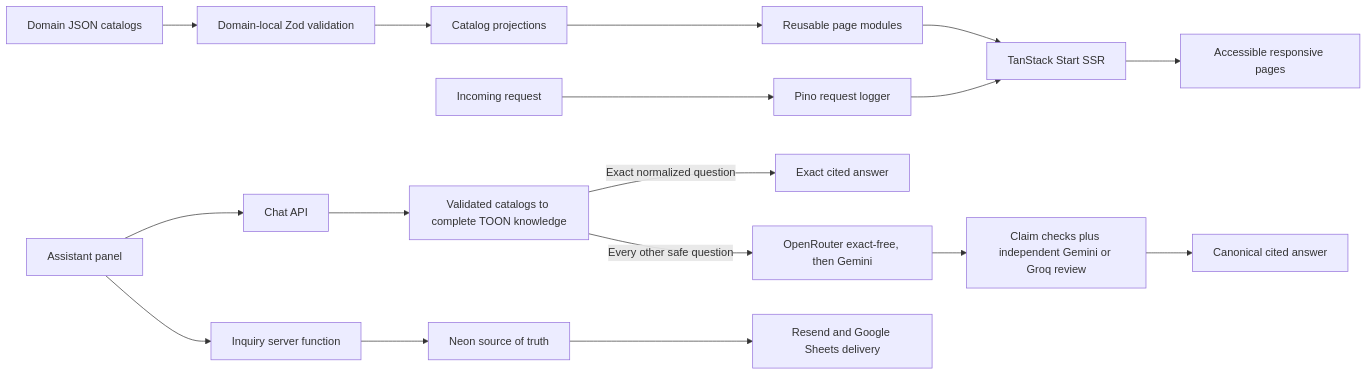
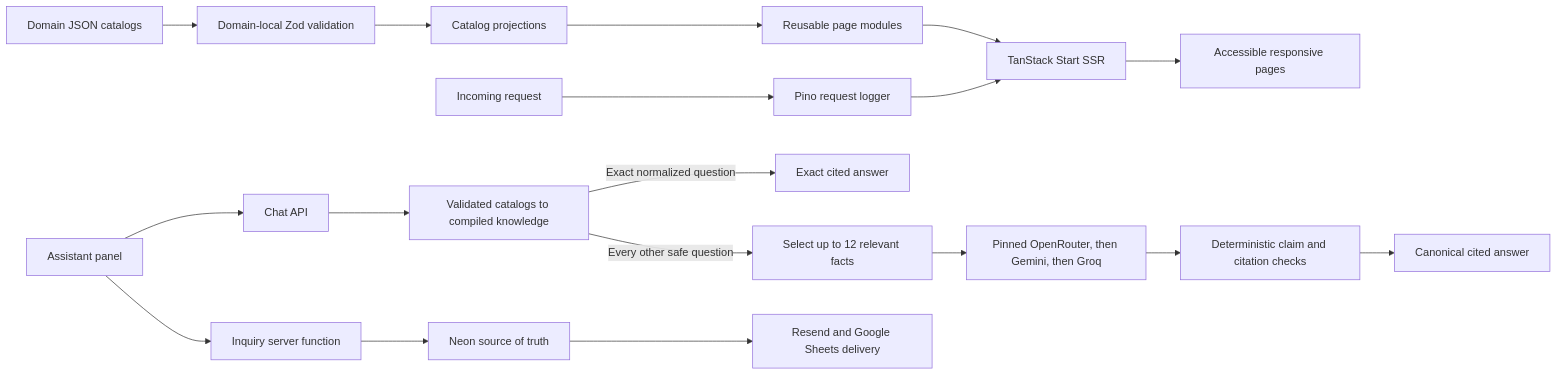
The diagram in README.md (montasim/v2), drawn with Mermaid before and after one commit. The commit also changed other lines of this file and 25 other files, not shown here.

````diff
--- a/README.md
+++ b/README.md
@@ -124,19 +124,20 @@
 ```mermaid
 flowchart LR
     A[Domain JSON catalogs] --> B[Domain-local Zod validation]
     B --> C[Catalog projections]
     C --> D[Reusable page modules]
     D --> E[TanStack Start SSR]
     E --> H[Accessible responsive pages]
     F[Incoming request] --> G[Pino request logger]
     G --> E
     I[Assistant panel] --> J[Chat API]
-    J --> S[Validated catalogs to complete TOON knowledge]
+    J --> S[Validated catalogs to compiled knowledge]
     S -->|Exact normalized question| T[Exact cited answer]
-    S -->|Every other safe question| M[OpenRouter exact-free, then Gemini]
-    M --> L[Claim checks plus independent Gemini or Groq review]
+    S -->|Every other safe question| R[Select up to 12 relevant facts]
+    R --> M[Pinned OpenRouter, then Gemini, then Groq]
+    M --> L[Deterministic claim and citation checks]
     L --> U[Canonical cited answer]
     I --> N[Inquiry server function]
     N --> O[Neon source of truth]
     O --> P[Resend and Google Sheets delivery]
 ```
````
